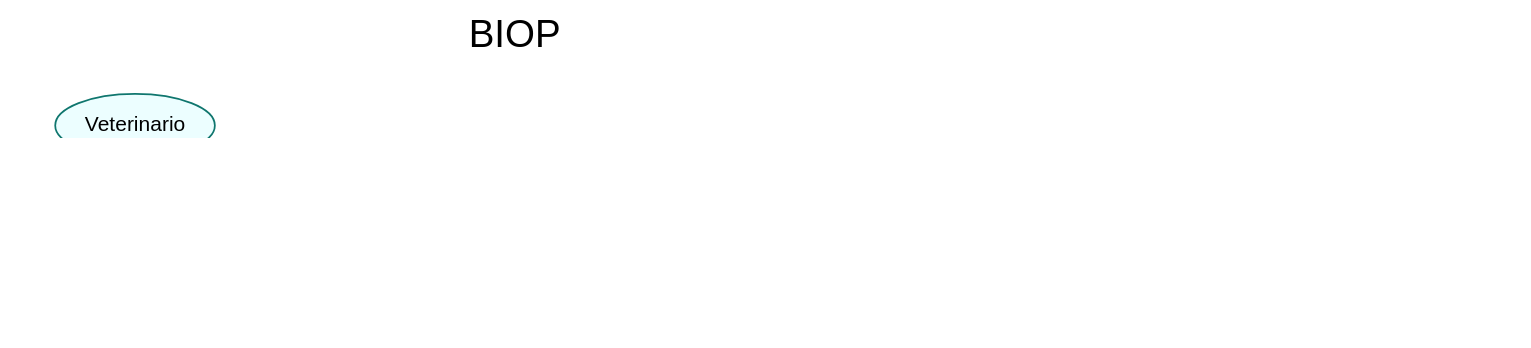
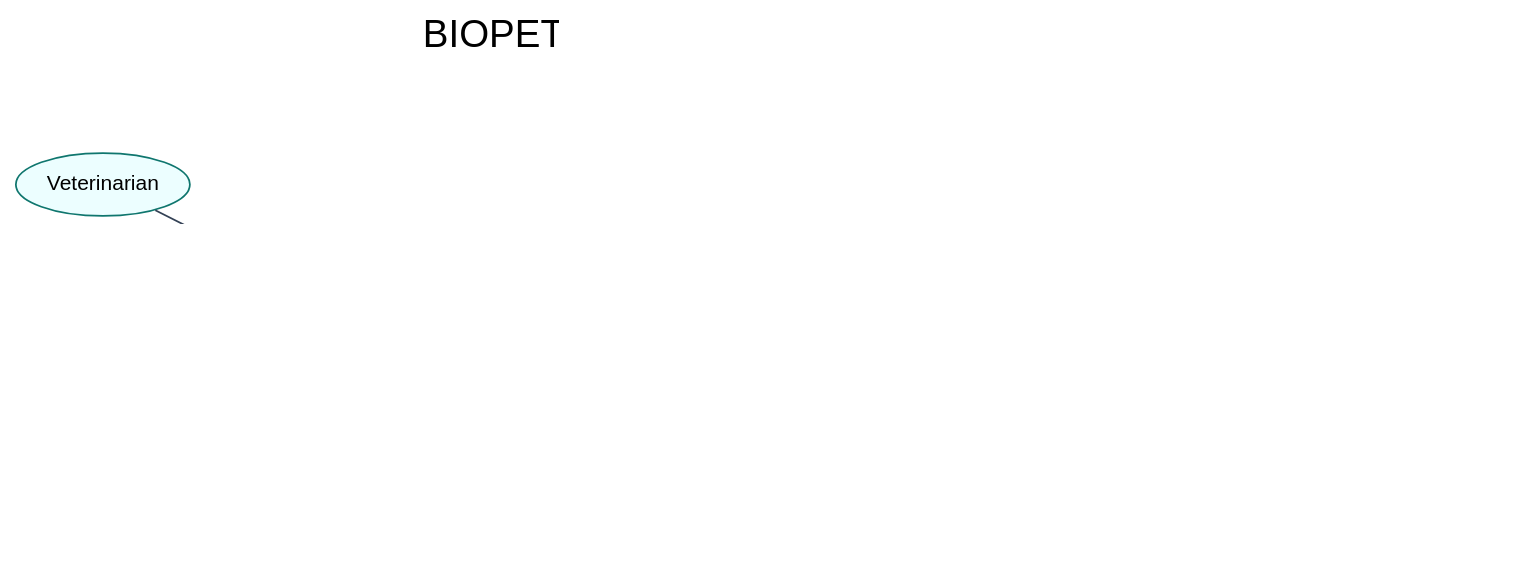
Before and after one commit to Grinjoww/ENTREGA-FINAL-BIOPET: the diagram in docs/diagrams/c4-contenedores/c4-contenedores.dot, drawn with Graphviz. The commit also changed 14 other files, not shown here.

```diff
--- a/docs/diagrams/c4-contenedores/c4-contenedores.dot
+++ b/docs/diagrams/c4-contenedores/c4-contenedores.dot
@@ -1,18 +1,30 @@
 digraph G {
-  graph [rankdir=LR, dpi=200, bgcolor="white", fontname="Arial", label="BIOPET - C4 Nivel 2: Contenedores", labelloc=t, fontsize=22];
+  graph [rankdir=LR, dpi=200, bgcolor="white", fontname="Arial", label="BIOPET - C4 Level 2: Containers (v1.0.0)", labelloc=t, fontsize=22];
   node [shape=box, style="rounded,filled", fillcolor="#F8FAFC", color="#0F766E", fontname="Arial", fontsize=12];
   edge [fontname="Arial", fontsize=10, color="#334155"];
-  vet [label="Veterinario", shape=oval, fillcolor="#ECFEFF"];
-  admin [label="Administrador", shape=oval, fillcolor="#ECFEFF"];
-  dueno [label="Dueño de Mascota", shape=oval, fillcolor="#ECFEFF"];
-  frontend [label="Frontend Angular 17 + Nginx\nPuerto 4200 -> 80\nSPA / HTTP", fillcolor="#DCFCE7"];
-  backend [label="Backend Spring Boot 3\nPuerto 8080\nREST JSON + JWT", fillcolor="#DBEAFE"];
-  postgres [label="PostgreSQL 16\nPuerto 5432\nJPA/Hibernate/Flyway", fillcolor="#FDE68A"];
-  redis [label="Redis 7\nPuerto 6379\nBlacklist JTI + Cache", fillcolor="#FECACA"];
+  vet [label="Veterinarian", shape=oval, fillcolor="#ECFEFF"];
+  admin [label="Administrator", shape=oval, fillcolor="#ECFEFF"];
+  assistant [label="Assistant", shape=oval, fillcolor="#ECFEFF"];
+  owner [label="Pet Owner", shape=oval, fillcolor="#ECFEFF"];
+  frontend [label="Frontend\nAngular 17 + Nginx\nSingle-page application", fillcolor="#DCFCE7"];
+  backend [label="Backend API\nSpring Boot 3.2 / Java 21\nREST JSON + JWT", fillcolor="#DBEAFE"];
+  postgres [label="PostgreSQL\n16 (dev) / 18 (prod)\nSchema via Flyway V1-V6", fillcolor="#FDE68A", shape=cylinder];
+  redis [label="Redis / Valkey\n7 (dev) / 8 (prod)\nJTI blacklist + read cache", fillcolor="#FECACA", shape=cylinder];
   swagger [label="Swagger UI\n/api/swagger-ui.html", fillcolor="#E9D5FF"];
-  vet -> frontend; admin -> frontend; dueno -> frontend;
-  frontend -> backend [label="REST JSON\nAuthorization: Bearer JWT"];
+
+  subgraph cluster_external {
+    label="External system";
+    style="dashed";
+    color="#94A3B8";
+    fontcolor="#64748B";
+    node [style="rounded,dashed", fillcolor="#F1F5F9", color="#94A3B8", fontcolor="#64748B"];
+    animalApi [label="API Ninjas\n(Animals API)\n[External System]"];
+  }
+
+  vet -> frontend; admin -> frontend; assistant -> frontend; owner -> frontend;
+  frontend -> backend [label="REST JSON\nHttpOnly auth cookies"];
   backend -> postgres [label="JDBC/JPA"];
   backend -> redis [label="Redis protocol"];
   backend -> swagger [label="OpenAPI"];
+  backend -> animalApi [label="requests species data\n[HTTPS/JSON]", style=dashed, color="#64748B"];
 }
```
